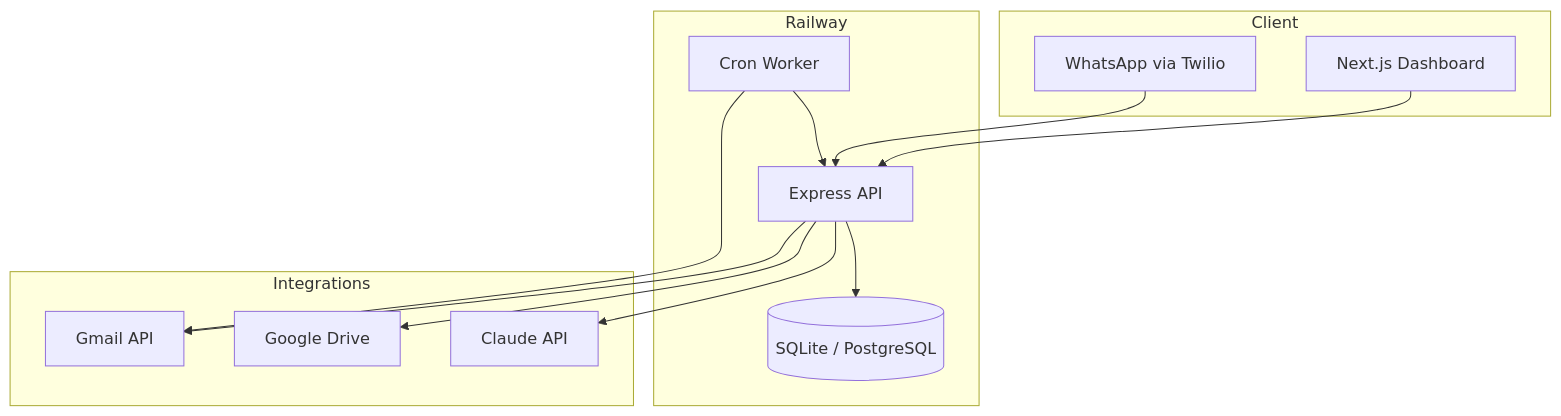
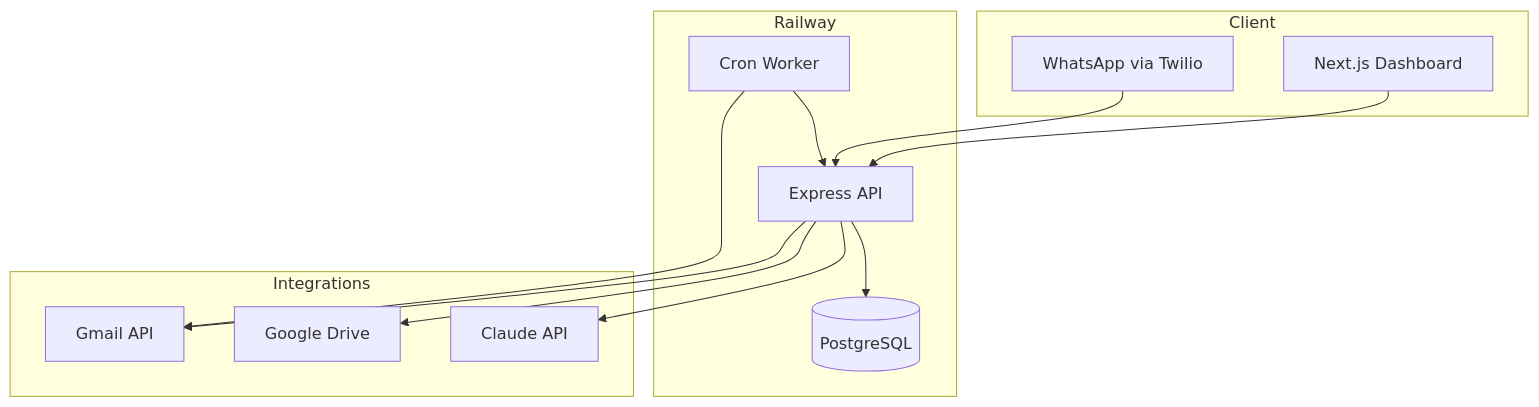
Before and after one commit to shaymida337-lab/ai-office-worker: the diagram in ROADMAP-SAAS.md, drawn with Mermaid. The commit also changed other lines of this file and 41 other files, not shown here.

````diff
--- a/ROADMAP-SAAS.md
+++ b/ROADMAP-SAAS.md
@@ -11,28 +11,28 @@
 ```mermaid
 flowchart TB
     subgraph client [Client]
         Web[Next.js Dashboard]
         WA[WhatsApp via Twilio]
     end
 
     subgraph railway [Railway]
         API[Express API]
         Worker[Cron Worker]
-        DB[(SQLite / PostgreSQL)]
+        DB[(PostgreSQL)]
     end
 
     subgraph external [Integrations]
         Gmail[Gmail API]
         Drive[Google Drive]
         Claude[Claude API]
     end
 
     Web --> API
     WA --> API
     Worker --> API
     API --> DB
     API --> Gmail
     API --> Drive
     API --> Claude
     Worker --> Gmail
 ```
````
